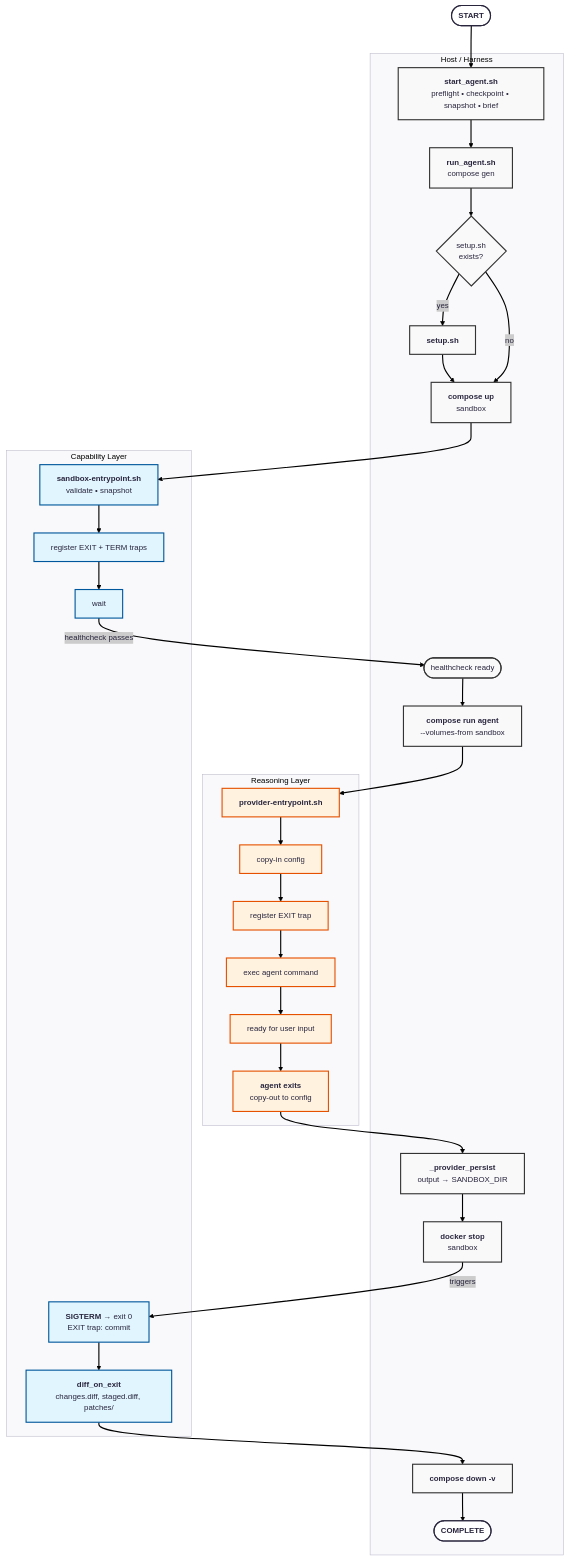
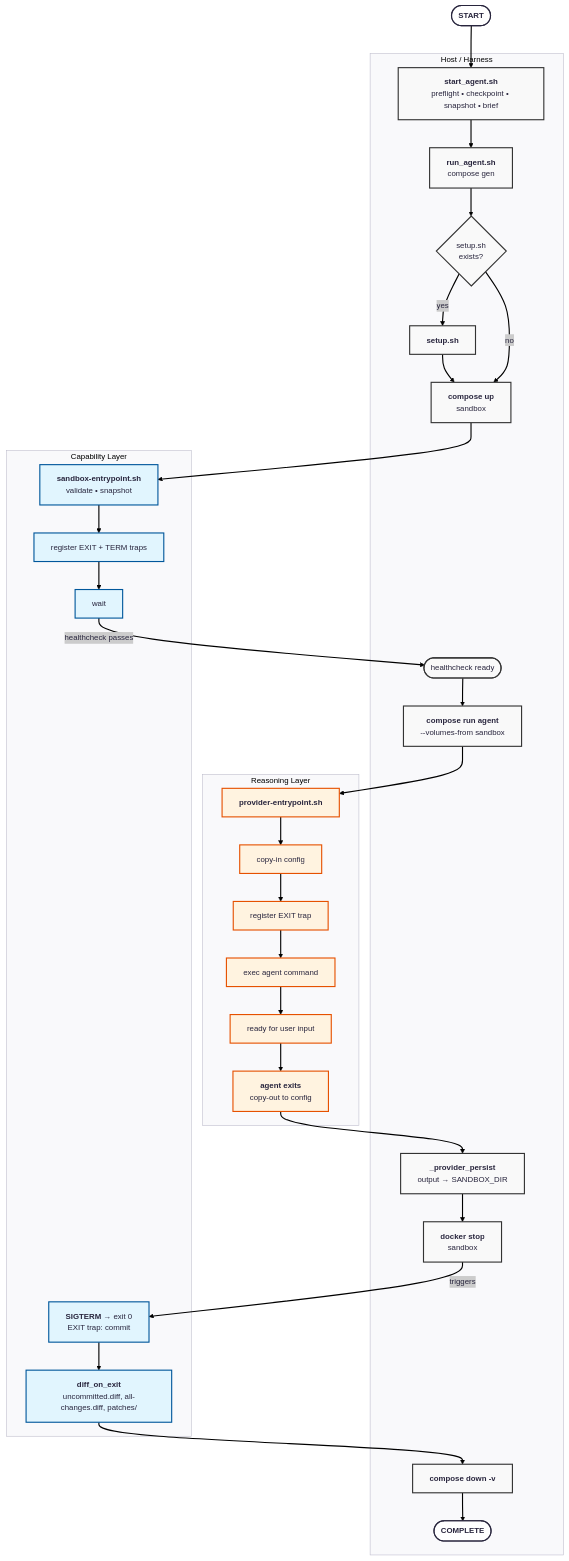
The diagram in docs/architecture/execution_model.md (yaojiethng/agent-sandbox), drawn with Mermaid before and after one commit. The commit also changed other lines of this file and 36 other files, not shown here.

````diff
--- a/docs/architecture/execution_model.md
+++ b/docs/architecture/execution_model.md
@@ -125,63 +128,63 @@
 ```mermaid
 ---
 config:
       theme: redux
 ---
 flowchart TD
     %% Global Styles
     classDef host fill:#f9f9f9,stroke:#333,stroke-width:2px;
     classDef cap fill:#e1f5fe,stroke:#01579b;
     classDef rsn fill:#fff3e0,stroke:#e65100;
 
     START([<b>START</b>]) --> SA
 
     subgraph HOST [Host / Harness]
         SA["<b>start_agent.sh</b><br/>preflight • checkpoint • snapshot • brief"]
         RA["<b>run_agent.sh</b><br/>compose gen"]
         DEC{setup.sh<br/>exists?}
         SH["<b>setup.sh</b>"]
         CUS["<b>compose up</b><br/>sandbox"]
         WAIT_HC([healthcheck ready])
         CRA["<b>compose run agent</b><br/>--volumes-from sandbox"]
         PP["<b>_provider_persist</b><br/>output → SANDBOX_DIR"]
         DSS["<b>docker stop</b><br/>sandbox"]
         CDV["<b>compose down -v</b>"]
         END([<b>COMPLETE</b>])
     end
 
     subgraph CAP [Capability Layer]
         SE["<b>sandbox-entrypoint.sh</b><br/>validate • snapshot"]
         TR["register EXIT + TERM traps"]
         WAIT["wait"]
         SIGTERM["<b>SIGTERM</b> → exit 0<br/>EXIT trap: commit"]
-        DIFF["<b>diff_on_exit</b><br/>changes.diff, staged.diff, patches/"]
+        DIFF["<b>diff_on_exit</b><br/>uncommitted.diff, all-changes.diff, patches/"]
     end
 
     subgraph RSN [Reasoning Layer]
         PE["<b>provider-entrypoint.sh</b>"]
         CI["copy-in config"]
         ET["register EXIT trap"]
         EX["exec agent command"]
         RDY["ready for user input"]
         AE["<b>agent exits</b><br/>copy-out to config"]
     end
 
     %% Logic Flow
     SA --> RA --> DEC
     DEC -- yes --> SH --> CUS
     DEC -- no --> CUS
     CUS --> SE
     SE --> TR --> WAIT
     WAIT -- healthcheck passes --> WAIT_HC
     WAIT_HC --> CRA
     CRA --> PE
     PE --> CI --> ET --> EX --> RDY --> AE
     AE --> PP --> DSS
     DSS -- triggers --> SIGTERM
     SIGTERM --> DIFF --> CDV --> END
 
     %% Apply Styles
     class SA,RA,DEC,SH,CUS,WAIT_HC,CRA,PP,DSS,CDV host;
     class SE,TR,WAIT,SIGTERM,DIFF cap;
     class PE,CI,ET,EX,RDY,AE rsn;
 ```
````
